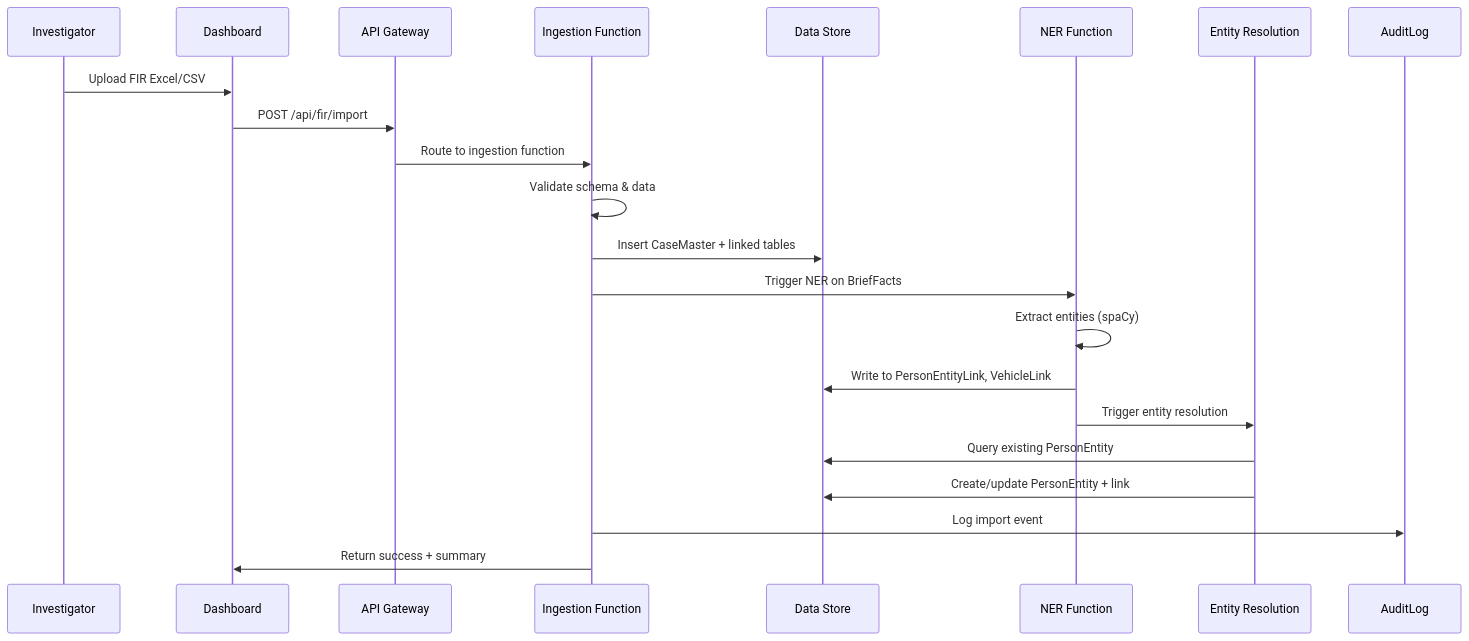
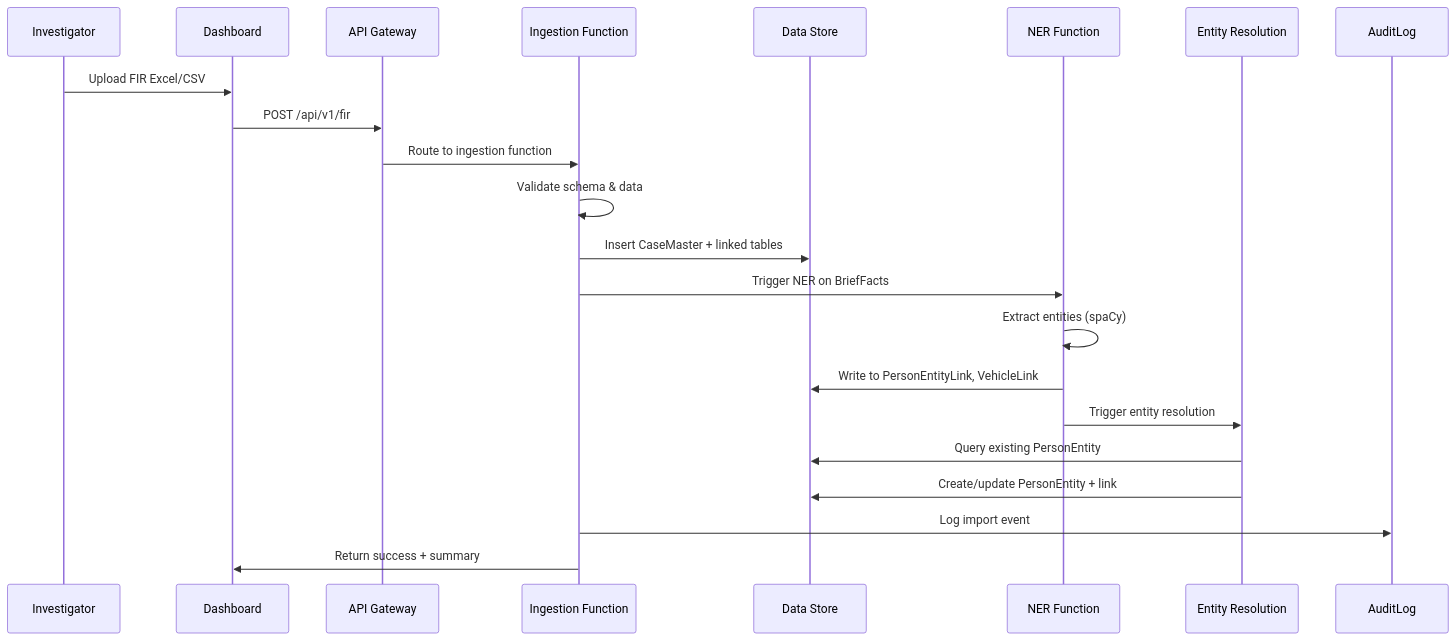
The first of 5 diagrams in docs/architecture/high-level-design.md (Arun1122007/Berunda), drawn with Mermaid before and after one commit. The commit also changed other lines of this file, not shown here.

````diff
--- a/docs/architecture/high-level-design.md
+++ b/docs/architecture/high-level-design.md
@@ -31,25 +31,25 @@
 ```mermaid
 sequenceDiagram
     participant User as Investigator
     participant UI as Dashboard
     participant GW as API Gateway
     participant FN as Ingestion Function
     participant DS as Data Store
     participant NER as NER Function
     participant ER as Entity Resolution
     participant AUD as AuditLog
 
     User->>UI: Upload FIR Excel/CSV
-    UI->>GW: POST /api/fir/import
+    UI->>GW: POST /api/v1/fir
     GW->>FN: Route to ingestion function
     FN->>FN: Validate schema & data
     FN->>DS: Insert CaseMaster + linked tables
     FN->>NER: Trigger NER on BriefFacts
     NER->>NER: Extract entities (spaCy)
     NER->>DS: Write to PersonEntityLink, VehicleLink
     NER->>ER: Trigger entity resolution
     ER->>DS: Query existing PersonEntity
     ER->>DS: Create/update PersonEntity + link
     FN->>AUD: Log import event
     FN->>UI: Return success + summary
 ```
````
